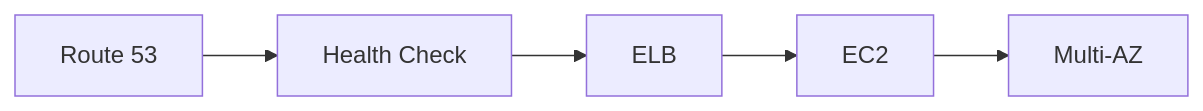
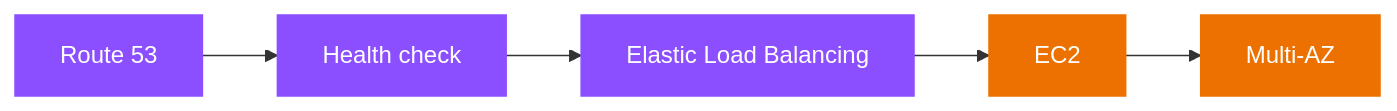
Before and after one commit to GabrielAlmeidaFlores/AWS-CloudOps-Engineer-Associate-Doc: the eighth of 15 diagrams in AGENTS.md, drawn with Mermaid. The commit also changed other lines of this file and 22 other files, not shown here.

First line of the commit message:
docs: AWS-styled Mermaid, IAM/VPC console screenshots, and AGENTS.md rules

````diff
--- a/AGENTS.md
+++ b/AGENTS.md
@@ -1631,4 +1651,8 @@
 ```mermaid
 flowchart LR
-    RN["Route 53"] --> HC["Health Check"] --> ELB[ELB] --> EC2[EC2] --> MAZ["Multi-AZ"]
+    RN["Route 53"] --> HC["Health check"] --> ELB["Elastic Load Balancing"] --> EC2["EC2"] --> MAZ["Multi-AZ"]
+    classDef network fill:#8C4FFF,stroke:#8C4FFF,color:#ffffff
+    classDef compute fill:#ED7100,stroke:#ED7100,color:#ffffff
+    class RN,HC,ELB network
+    class EC2,MAZ compute
 ```
````
